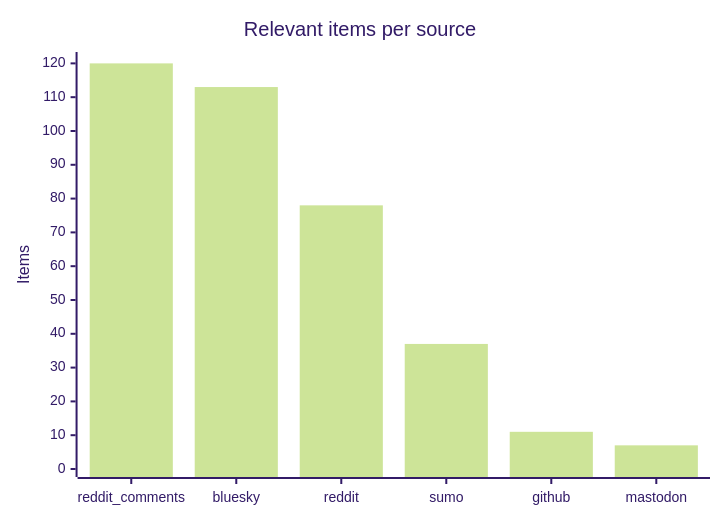
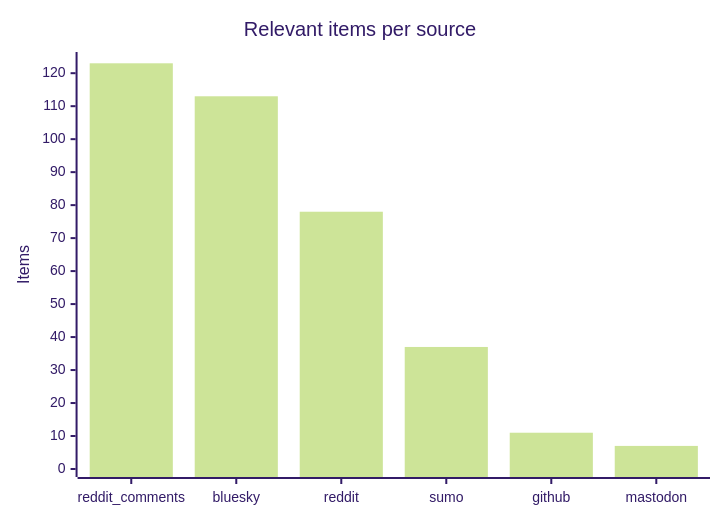
One commit to martinbalfanz/social-scanner-reports changed the third of 4 diagrams in README.md. Above: the diagram before and after it, drawn with Mermaid (forest theme). The commit also changed other lines of this file and 2 other files, not shown here.

````diff
--- a/README.md
+++ b/README.md
@@ -48,7 +48,7 @@
 ```mermaid
 xychart-beta
     title "Relevant items per source"
     x-axis ["reddit_comments", "bluesky", "reddit", "sumo", "github", "mastodon"]
-    y-axis "Items" 0 --> 121
-    bar [120, 113, 78, 37, 11, 7]
+    y-axis "Items" 0 --> 124
+    bar [123, 113, 78, 37, 11, 7]
 ```
````
